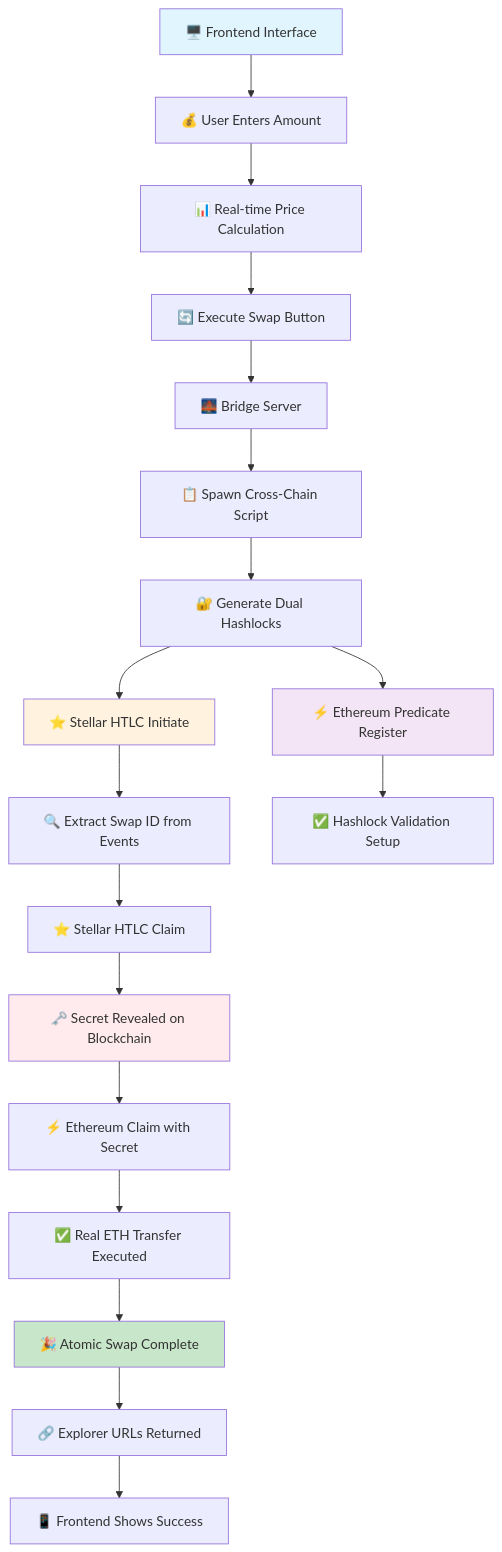
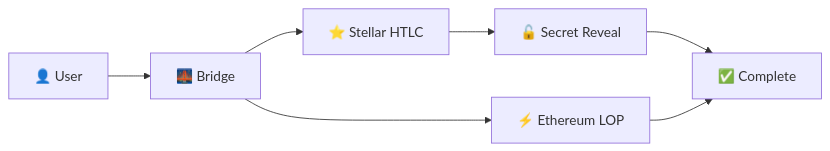
One commit to daiwikmh/StellarSwap changed the diagram in readme.md. Above: the diagram before and after it, drawn with Mermaid. The commit also changed other lines of this file and 4 other files, not shown here.

````diff
--- a/readme.md
+++ b/readme.md
@@ -117,32 +120,9 @@
 ```mermaid
-graph TD
-    A[🖥️ Frontend Interface] --> B[💰 User Enters Amount]
-    B --> C[📊 Real-time Price Calculation]
-    C --> D[🔄 Execute Swap Button]
-    
-    D --> E[🌉 Bridge Server]
-    E --> F[📋 Spawn Cross-Chain Script]
-    F --> G[🔐 Generate Dual Hashlocks]
-    
-    G --> H[⭐ Stellar HTLC Initiate]
-    G --> I[⚡ Ethereum Predicate Register]
-    
-    H --> J[🔍 Extract Swap ID from Events]
-    I --> K[✅ Hashlock Validation Setup]
-    
-    J --> L[⭐ Stellar HTLC Claim]
-    L --> M[🗝️ Secret Revealed on Blockchain]
-    
-    M --> N[⚡ Ethereum Claim with Secret]
-    N --> O[✅ Real ETH Transfer Executed]
-    
-    O --> P[🎉 Atomic Swap Complete]
-    P --> Q[🔗 Explorer URLs Returned]
-    Q --> R[📱 Frontend Shows Success]
-
-    style A fill:#e1f5fe
-    style P fill:#c8e6c9
-    style H fill:#fff3e0
-    style I fill:#f3e5f5
-    style M fill:#ffebee
+graph LR
+    A[👤 User] --> B[🌉 Bridge]
+    B --> C[⭐ Stellar HTLC]
+    B --> D[⚡ Ethereum LOP]
+    C --> E[🔓 Secret Reveal]
+    E --> F[✅ Complete]
+    D --> F
 ```
````
